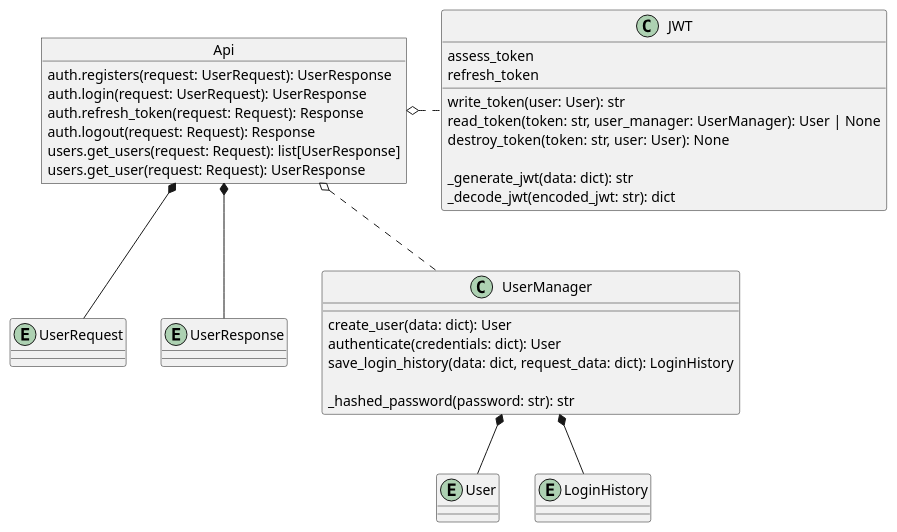
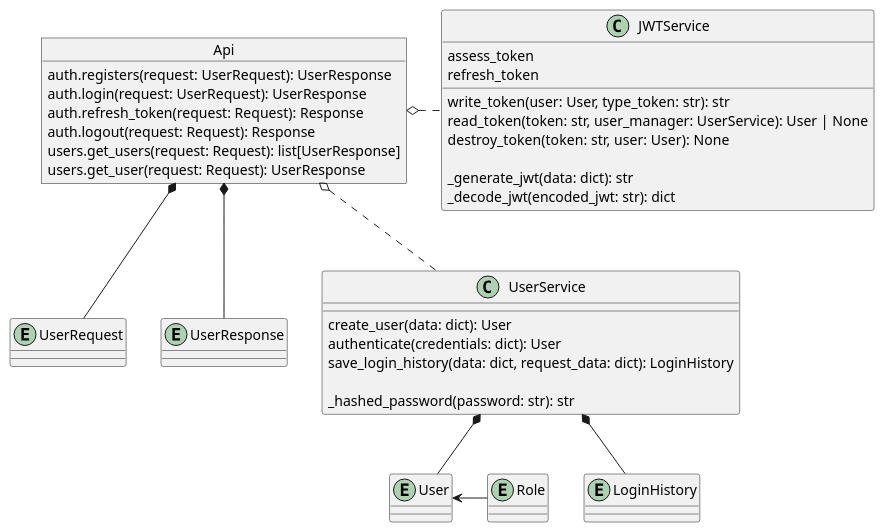
One commit to vladmeh/auth_service changed the first of 2 diagrams in docs/auth_sequence.puml. Above: the diagram before and after it, drawn with PlantUML. The commit also changed other lines of this file and 2 other files, not shown here.

Commit message:
Update UML.

```diff
--- a/docs/auth_sequence.puml
+++ b/docs/auth_sequence.puml
@@ -1,42 +1,44 @@
 @startuml
 object Api {
     auth.registers(request: UserRequest): UserResponse
     auth.login(request: UserRequest): UserResponse
     auth.refresh_token(request: Request): Response
     auth.logout(request: Request): Response
 
     users.get_users(request: Request): list[UserResponse]
     users.get_user(request: Request): UserResponse
 }
 entity UserRequest
 entity UserResponse
-class UserManager{
+class UserService{
     create_user(data: dict): User
     authenticate(credentials: dict): User
     save_login_history(data: dict, request_data: dict): LoginHistory
 
     _hashed_password(password: str): str
 }
-class JWT{
+class JWTService{
     assess_token
     refresh_token
 
-    write_token(user: User): str
-    read_token(token: str, user_manager: UserManager): User | None
+    write_token(user: User, type_token: str): str
+    read_token(token: str, user_manager: UserService): User | None
     destroy_token(token: str, user: User): None
 
     _generate_jwt(data: dict): str
     _decode_jwt(encoded_jwt: str): dict
 }
 entity User
+entity Role
 entity LoginHistory
 
 Api *-- UserRequest
 Api *-- UserResponse
-Api o.. UserManager
-Api o.right. JWT
+Api o.. UserService
+Api o.right. JWTService
 
-UserManager *-down- User
-UserManager *-down- LoginHistory
+UserService *-down- User
+Role -left-> User
+UserService *-down- LoginHistory
 
 @enduml
```
